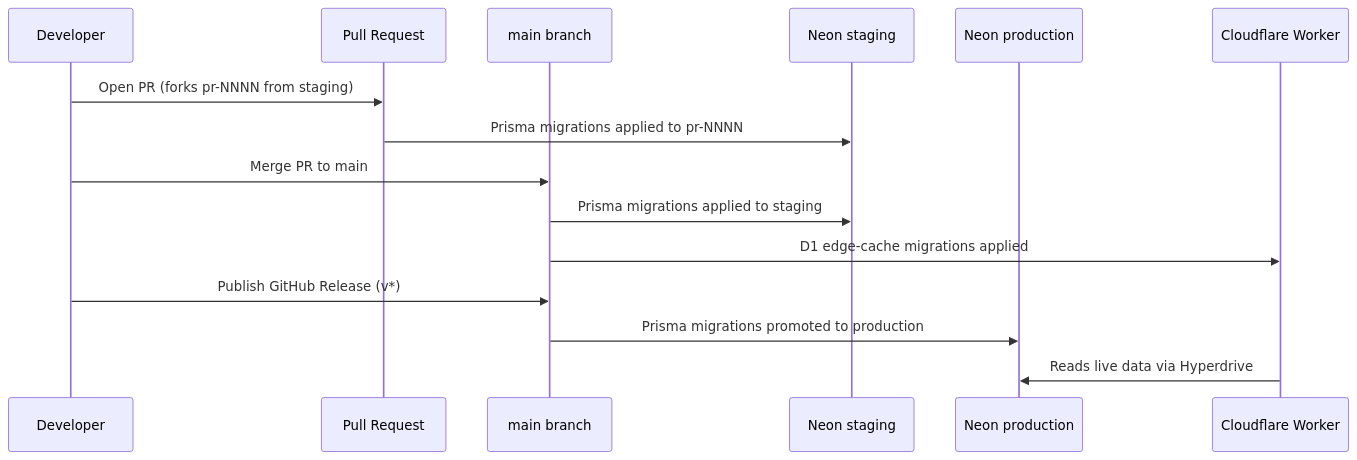
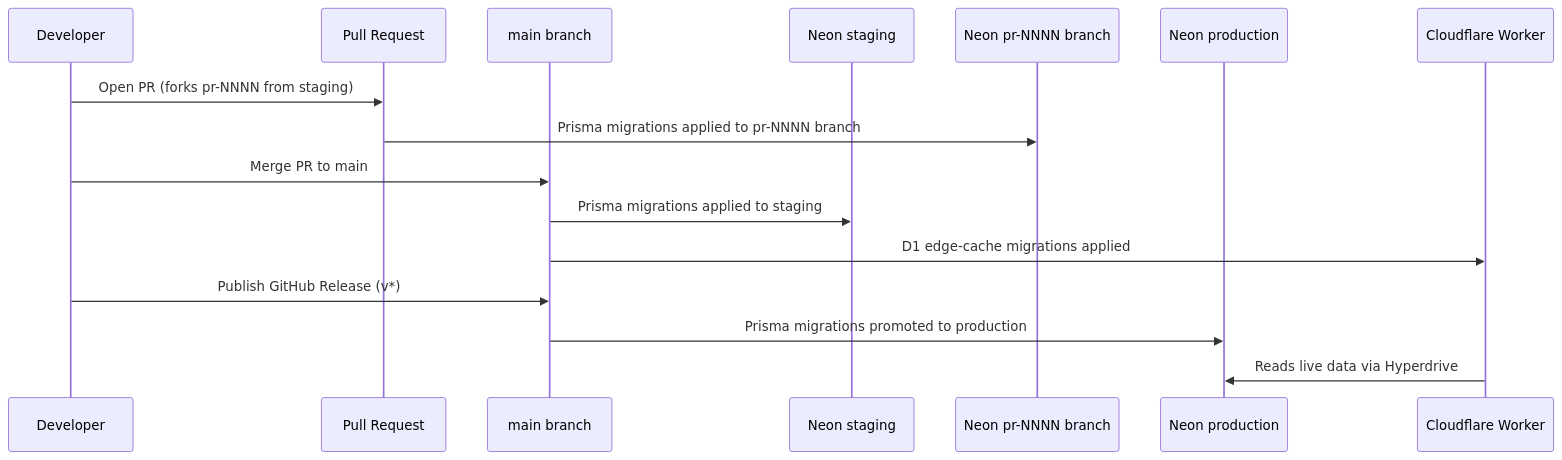
The second of 2 diagrams in docs/database-setup/branching-strategy.md (jaypatrick/adblock-compiler), drawn with Mermaid before and after one commit.

````diff
--- a/docs/database-setup/branching-strategy.md
+++ b/docs/database-setup/branching-strategy.md
@@ -63,18 +63,19 @@
 ```mermaid
 sequenceDiagram
     participant Dev as Developer
     participant PR as Pull Request
     participant Main as main branch
     participant Staging as Neon staging
+    participant PRDB as Neon pr-NNNN branch
     participant Prod as Neon production
     participant Worker as Cloudflare Worker
 
     Dev->>PR: Open PR (forks pr-NNNN from staging)
-    PR->>Staging: Prisma migrations applied to pr-NNNN
+    PR->>PRDB: Prisma migrations applied to pr-NNNN branch
     Dev->>Main: Merge PR to main
     Main->>Staging: Prisma migrations applied to staging
     Main->>Worker: D1 edge-cache migrations applied
     Dev->>Main: Publish GitHub Release (v*)
     Main->>Prod: Prisma migrations promoted to production
     Worker->>Prod: Reads live data via Hyperdrive
 ```
````
